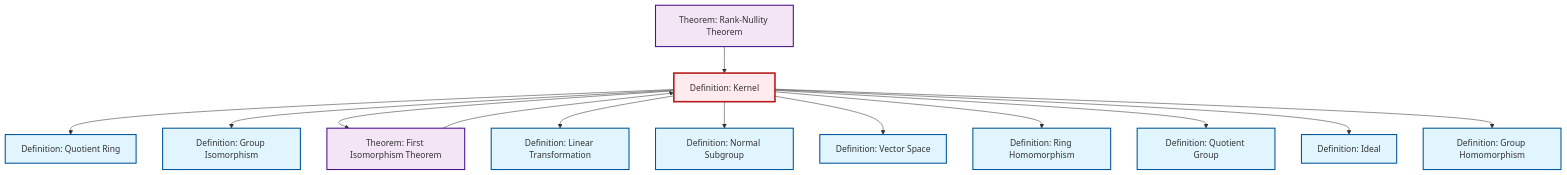
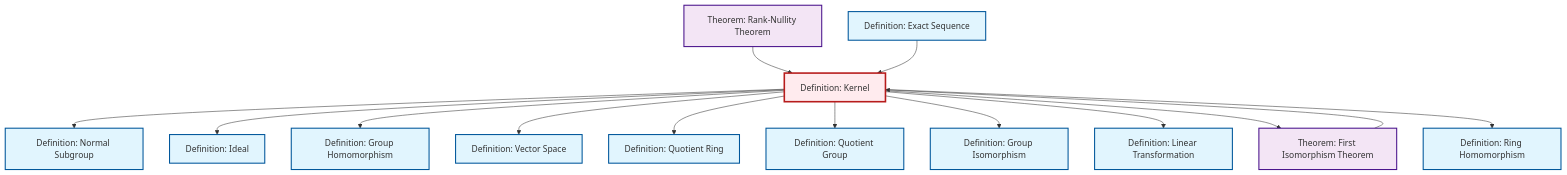
The diagram in content/ja/algebra/def-kernel.qmd (RK0429/ModernMath), drawn with Mermaid before and after one commit. The commit also changed 654 other files, not shown here.

````diff
--- a/content/ja/algebra/def-kernel.qmd
+++ b/content/ja/algebra/def-kernel.qmd
@@ -83,45 +83,48 @@
 ```{mermaid}
 %%| fig-cap: "Local dependency graph"
 graph TD
     classDef definition fill:#e1f5fe,stroke:#01579b,stroke-width:2px
     classDef theorem fill:#f3e5f5,stroke:#4a148c,stroke-width:2px
     classDef axiom fill:#fff3e0,stroke:#e65100,stroke-width:2px
     classDef example fill:#e8f5e9,stroke:#1b5e20,stroke-width:2px
     classDef current fill:#ffebee,stroke:#b71c1c,stroke-width:3px
+    thm-rank-nullity["Theorem: Rank-Nullity Theorem"]:::theorem
     def-quotient-ring["Definition: Quotient Ring"]:::definition
-    thm-rank-nullity["Theorem: Rank-Nullity Theorem"]:::theorem
+    def-isomorphism["Definition: Group Isomorphism"]:::definition
     def-ring-homomorphism["Definition: Ring Homomorphism"]:::definition
+    thm-first-isomorphism["Theorem: First Isomorphism Theorem"]:::theorem
     def-quotient-group["Definition: Quotient Group"]:::definition
+    def-kernel["Definition: Kernel"]:::definition
+    def-ideal["Definition: Ideal"]:::definition
+    def-homomorphism["Definition: Group Homomorphism"]:::definition
     def-normal-subgroup["Definition: Normal Subgroup"]:::definition
-    def-isomorphism["Definition: Group Isomorphism"]:::definition
-    thm-first-isomorphism["Theorem: First Isomorphism Theorem"]:::theorem
+    def-exact-sequence["Definition: Exact Sequence"]:::definition
     def-linear-transformation["Definition: Linear Transformation"]:::definition
-    def-kernel["Definition: Kernel"]:::definition
-    def-homomorphism["Definition: Group Homomorphism"]:::definition
     def-vector-space["Definition: Vector Space"]:::definition
-    def-ideal["Definition: Ideal"]:::definition
+    thm-rank-nullity --> def-kernel
+    def-kernel --> def-normal-subgroup
+    def-kernel --> def-ideal
+    def-kernel --> def-homomorphism
+    def-kernel --> def-vector-space
     def-kernel --> def-quotient-ring
+    def-kernel --> def-quotient-group
     def-kernel --> def-isomorphism
-    def-kernel --> thm-first-isomorphism
     thm-first-isomorphism --> def-kernel
     def-kernel --> def-linear-transformation
-    def-kernel --> def-normal-subgroup
-    def-kernel --> def-vector-space
+    def-exact-sequence --> def-kernel
+    def-kernel --> thm-first-isomorphism
     def-kernel --> def-ring-homomorphism
-    def-kernel --> def-quotient-group
-    def-kernel --> def-ideal
-    def-kernel --> def-homomorphism
-    thm-rank-nullity --> def-kernel
     class def-kernel current
+    click thm-rank-nullity "thm-rank-nullity.html" "Theorem: Rank-Nullity Theoremへ"
     click def-quotient-ring "def-quotient-ring.html" "Definition: Quotient Ringへ"
-    click thm-rank-nullity "thm-rank-nullity.html" "Theorem: Rank-Nullity Theoremへ"
+    click def-isomorphism "def-isomorphism.html" "Definition: Group Isomorphismへ"
     click def-ring-homomorphism "def-ring-homomorphism.html" "Definition: Ring Homomorphismへ"
+    click thm-first-isomorphism "thm-first-isomorphism.html" "Theorem: First Isomorphism Theoremへ"
     click def-quotient-group "def-quotient-group.html" "Definition: Quotient Groupへ"
+    click def-ideal "def-ideal.html" "Definition: Idealへ"
+    click def-homomorphism "def-homomorphism.html" "Definition: Group Homomorphismへ"
     click def-normal-subgroup "def-normal-subgroup.html" "Definition: Normal Subgroupへ"
-    click def-isomorphism "def-isomorphism.html" "Definition: Group Isomorphismへ"
-    click thm-first-isomorphism "thm-first-isomorphism.html" "Theorem: First Isomorphism Theoremへ"
+    click def-exact-sequence "def-exact-sequence.html" "Definition: Exact Sequenceへ"
     click def-linear-transformation "def-linear-transformation.html" "Definition: Linear Transformationへ"
-    click def-homomorphism "def-homomorphism.html" "Definition: Group Homomorphismへ"
     click def-vector-space "def-vector-space.html" "Definition: Vector Spaceへ"
-    click def-ideal "def-ideal.html" "Definition: Idealへ"
 ```
````
